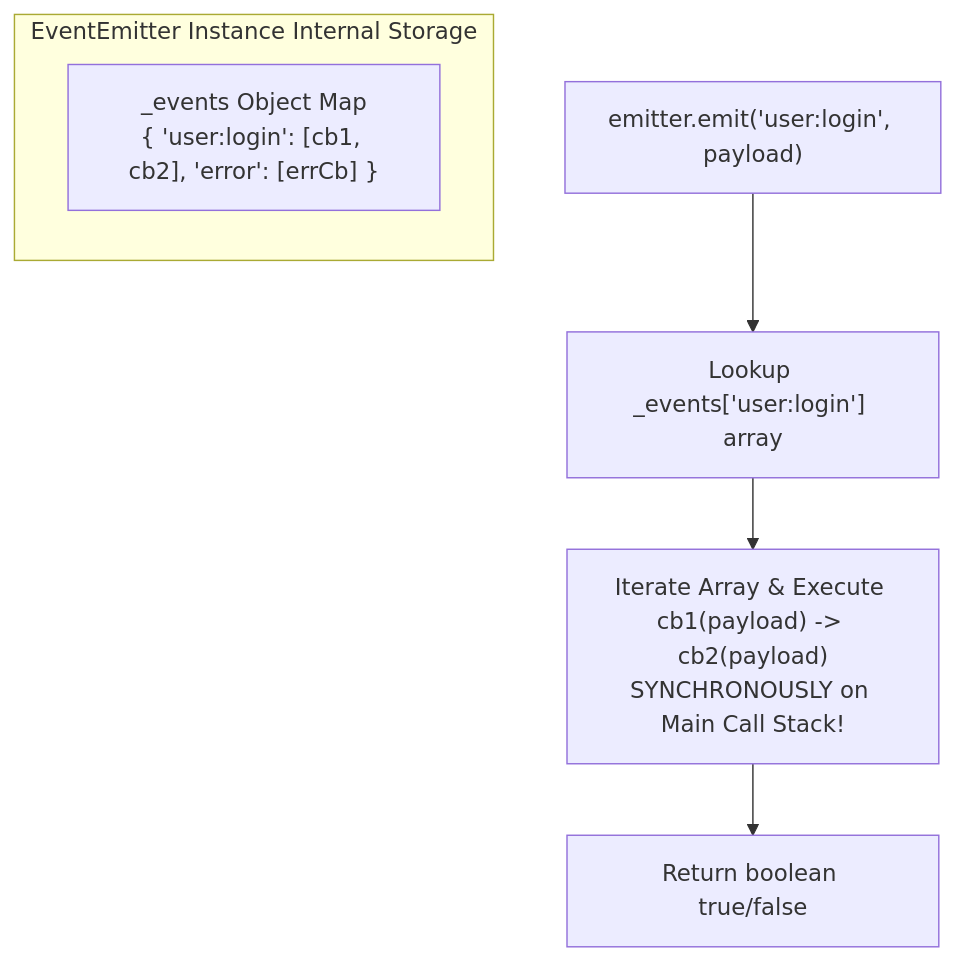
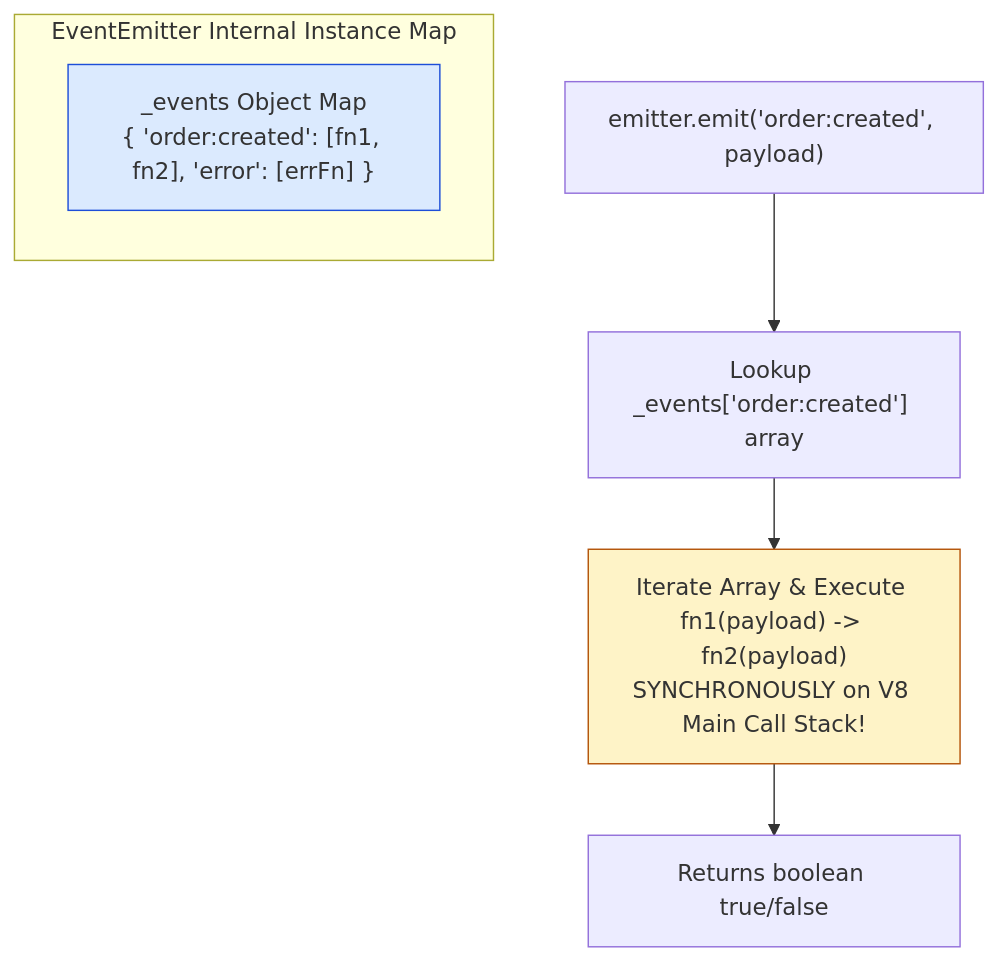
The first of 3 diagrams in nodejs-notes/09-events.md (Amie-dev/engineering-playbook), drawn with Mermaid before and after one commit. The commit also changed other lines of this file and 31 other files, not shown here.

````diff
--- a/nodejs-notes/09-events.md
+++ b/nodejs-notes/09-events.md
@@ -17,10 +19,13 @@
 ```mermaid
 flowchart TD
-    subgraph EventEmitter Instance Internal Storage
-        EventMap["_events Object Map<br/>{ 'user:login': [cb1, cb2], 'error': [errCb] }"]
+    subgraph EventEmitter Internal Instance Map
+        EventMap["_events Object Map<br/>{ 'order:created': [fn1, fn2], 'error': [errFn] }"]
     end
 
-    EmitCall["emitter.emit('user:login', payload)"] --> FetchArray["Lookup _events['user:login'] array"]
-    FetchArray --> LoopExec["Iterate Array & Execute cb1(payload) -> cb2(payload)<br/>SYNCHRONOUSLY on Main Call Stack!"]
-    LoopExec --> Finish[Return boolean true/false]
+    EmitCall["emitter.emit('order:created', payload)"] --> FetchArray["Lookup _events['order:created'] array"]
+    FetchArray --> LoopExec["Iterate Array & Execute fn1(payload) -> fn2(payload)<br/>SYNCHRONOUSLY on V8 Main Call Stack!"]
+    LoopExec --> Finish[Returns boolean true/false]
+
+    style EventMap fill:#dbeafe,stroke:#1d4ed8
+    style LoopExec fill:#fef3c7,stroke:#b45309
 ```
````
